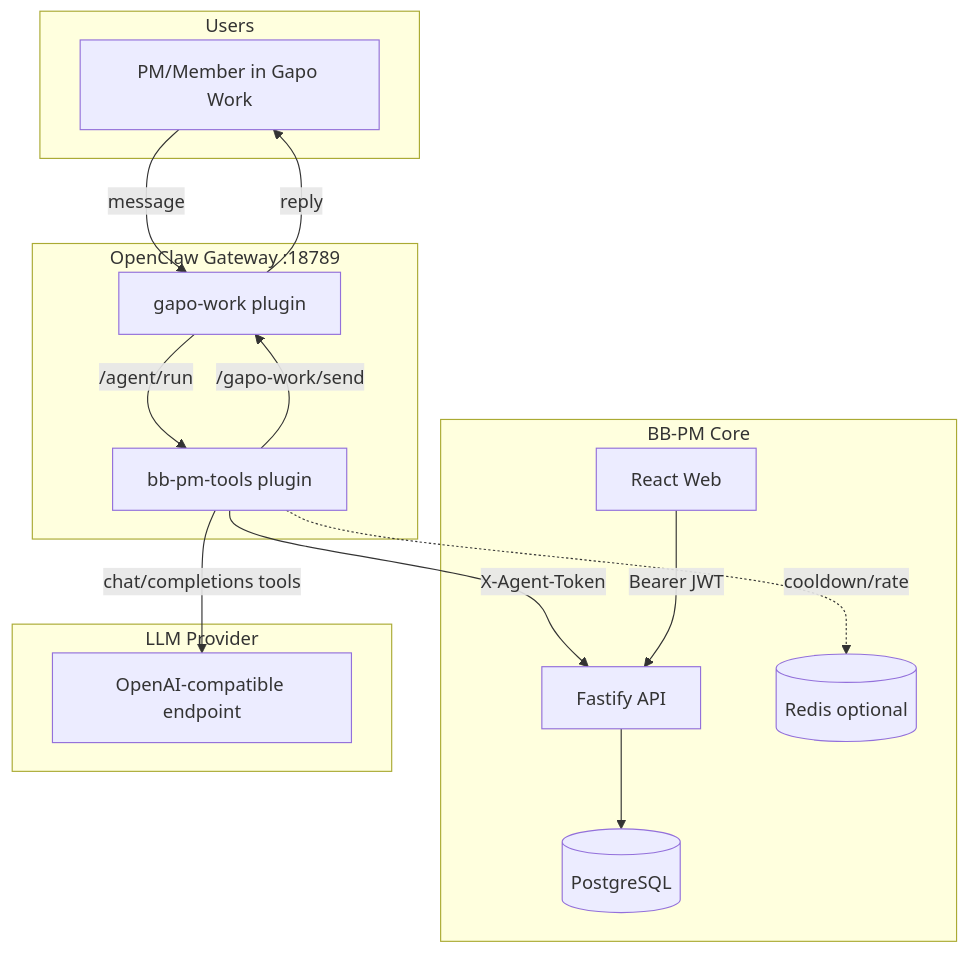
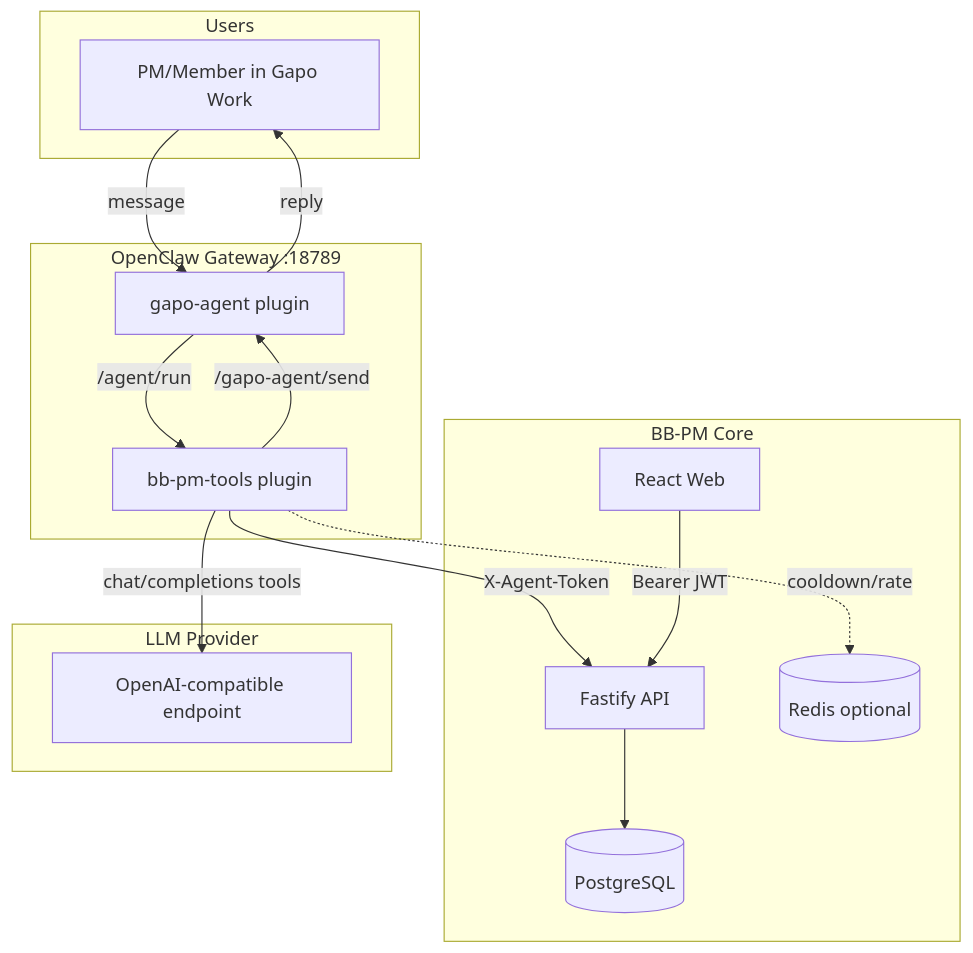
Before and after one commit to dangtrantanluc/odoo: diagram 17 of 17 in INTERNAL_TECHNICAL_DOCUMENTATION.md, drawn with Mermaid. The commit also changed other lines of this file and 2303 other files, not shown here.

````diff
--- a/INTERNAL_TECHNICAL_DOCUMENTATION.md
+++ b/INTERNAL_TECHNICAL_DOCUMENTATION.md
@@ -2192,32 +2200,32 @@
 ```mermaid
 flowchart TD
   subgraph UserSide[Users]
     U[PM/Member in Gapo Work]
   end
 
   subgraph OpenClaw[OpenClaw Gateway :18789]
-    GP[gapo-work plugin]
+    GP[gapo-agent plugin]
     BP[bb-pm-tools plugin]
   end
 
   subgraph Core[BB-PM Core]
     WEB[React Web]
     API[Fastify API]
     DB[(PostgreSQL)]
     REDIS[(Redis optional)]
   end
 
   subgraph AI[LLM Provider]
     LLM[OpenAI-compatible endpoint]
   end
 
   U -->|message| GP
   GP -->|/agent/run| BP
   BP -->|chat/completions tools| LLM
   BP -->|X-Agent-Token| API
   API --> DB
   BP -. cooldown/rate .-> REDIS
-  BP -->|/gapo-work/send| GP
+  BP -->|/gapo-agent/send| GP
   GP -->|reply| U
   WEB -->|Bearer JWT| API
 ```
````
